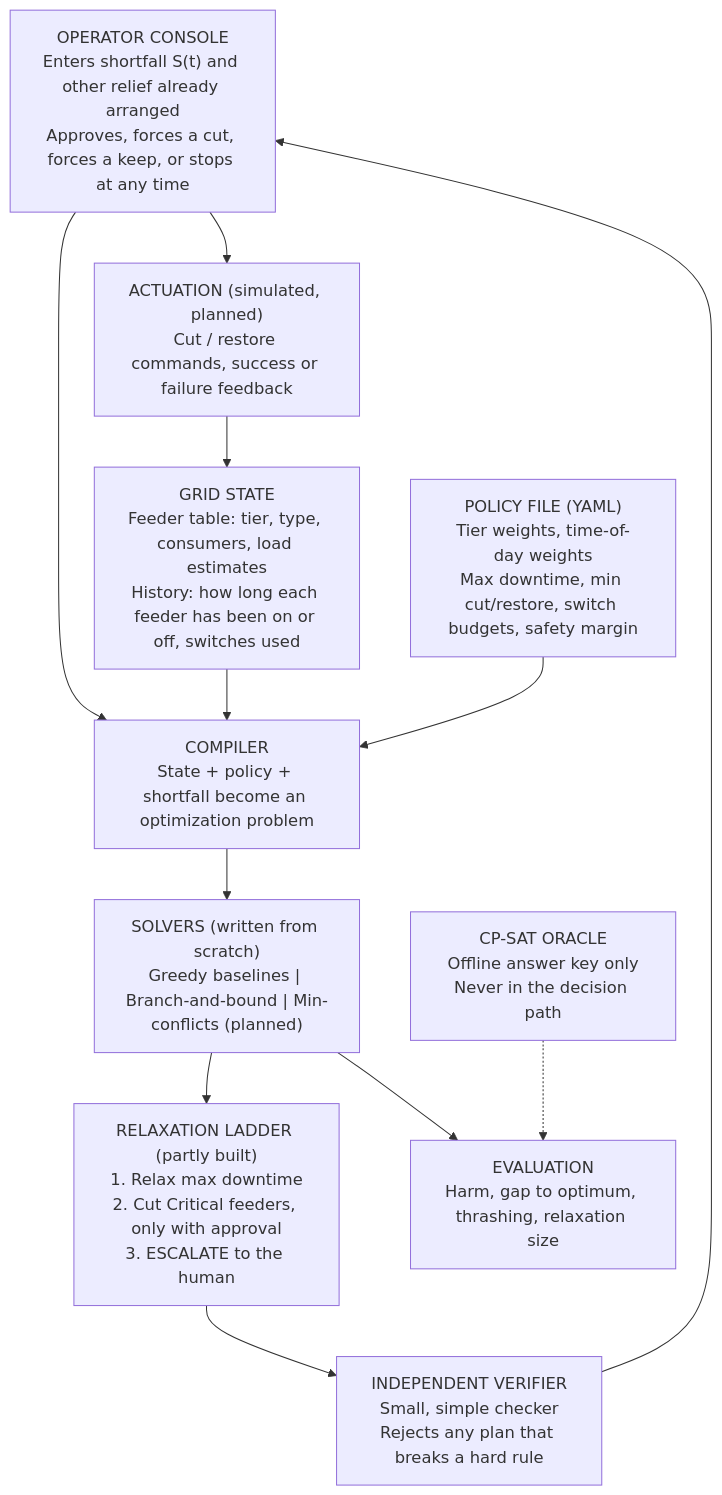
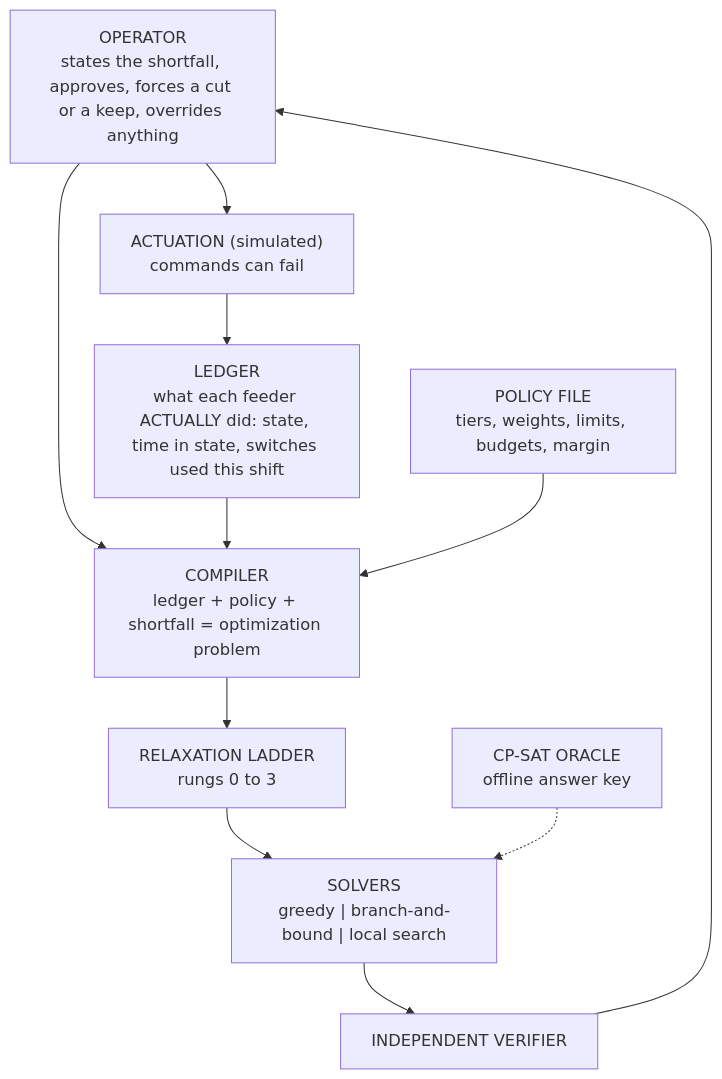
Before and after one commit to realastronics/UrjaNiyam: the diagram in docs/guide.md, drawn with Mermaid. The commit also changed other lines of this file, not shown here.

````diff
--- a/docs/guide.md
+++ b/docs/guide.md
@@ -137,25 +188,22 @@
 ```mermaid
 flowchart TD
-    OP["OPERATOR CONSOLE<br/>Enters shortfall S(t) and other relief already arranged<br/>Approves, forces a cut, forces a keep, or stops at any time"]
-    GS["GRID STATE<br/>Feeder table: tier, type, consumers, load estimates<br/>History: how long each feeder has been on or off, switches used"]
-    PL["POLICY FILE (YAML)<br/>Tier weights, time-of-day weights<br/>Max downtime, min cut/restore, switch budgets, safety margin"]
-    CC["COMPILER<br/>State + policy + shortfall become an optimization problem"]
-    SOLV["SOLVERS (written from scratch)<br/>Greedy baselines | Branch-and-bound | Min-conflicts (planned)"]
-    RL["RELAXATION LADDER (partly built)<br/>1. Relax max downtime<br/>2. Cut Critical feeders, only with approval<br/>3. ESCALATE to the human"]
-    VER["INDEPENDENT VERIFIER<br/>Small, simple checker<br/>Rejects any plan that breaks a hard rule"]
-    ACT["ACTUATION (simulated, planned)<br/>Cut / restore commands, success or failure feedback"]
-    OR["CP-SAT ORACLE<br/>Offline answer key only<br/>Never in the decision path"]
-    EV["EVALUATION<br/>Harm, gap to optimum, thrashing, relaxation size"]
-
-    OP --> CC
-    GS --> CC
-    PL --> CC
-    CC --> SOLV
-    SOLV --> RL
-    RL --> VER
+    OP["OPERATOR<br/>states the shortfall, approves, forces a cut or a keep, overrides anything"]
+    LD["LEDGER<br/>what each feeder ACTUALLY did: state, time in state, switches used this shift"]
+    PL["POLICY FILE<br/>tiers, weights, limits, budgets, margin"]
+    CP["COMPILER<br/>ledger + policy + shortfall = optimization problem"]
+    LAD["RELAXATION LADDER<br/>rungs 0 to 3"]
+    SOL["SOLVERS<br/>greedy | branch-and-bound | local search"]
+    VER["INDEPENDENT VERIFIER"]
+    ACT["ACTUATION (simulated)<br/>commands can fail"]
+    OR["CP-SAT ORACLE<br/>offline answer key"]
+    OP --> CP
+    LD --> CP
+    PL --> CP
+    CP --> LAD
+    LAD --> SOL
+    SOL --> VER
     VER --> OP
     OP --> ACT
-    ACT --> GS
-    SOLV --> EV
-    OR -.-> EV
+    ACT --> LD
+    OR -.-> SOL
 ```
````
